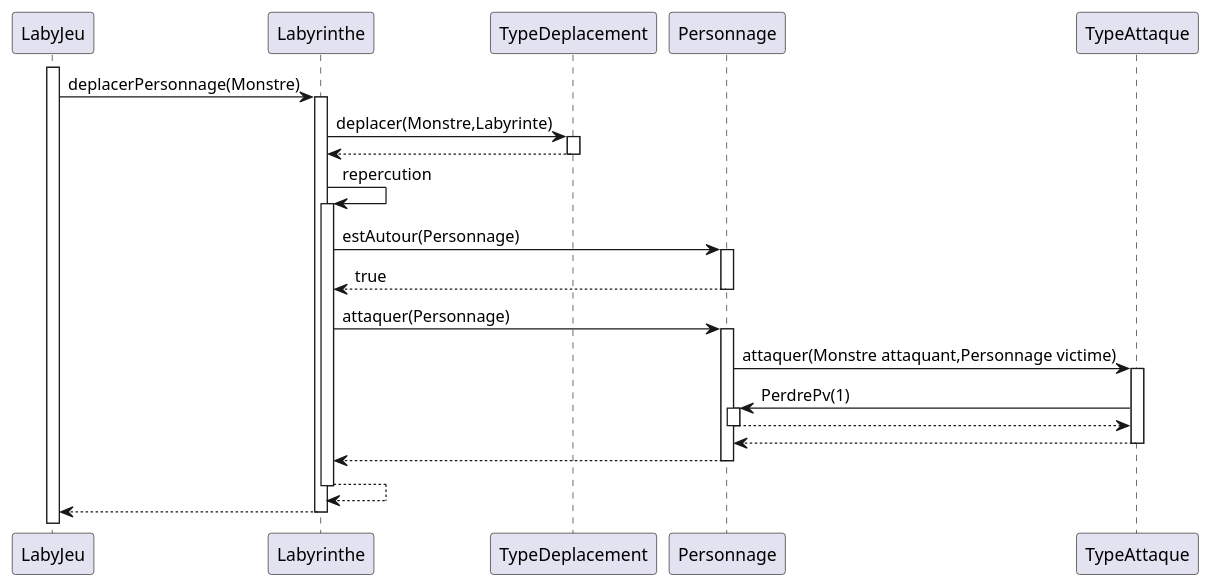
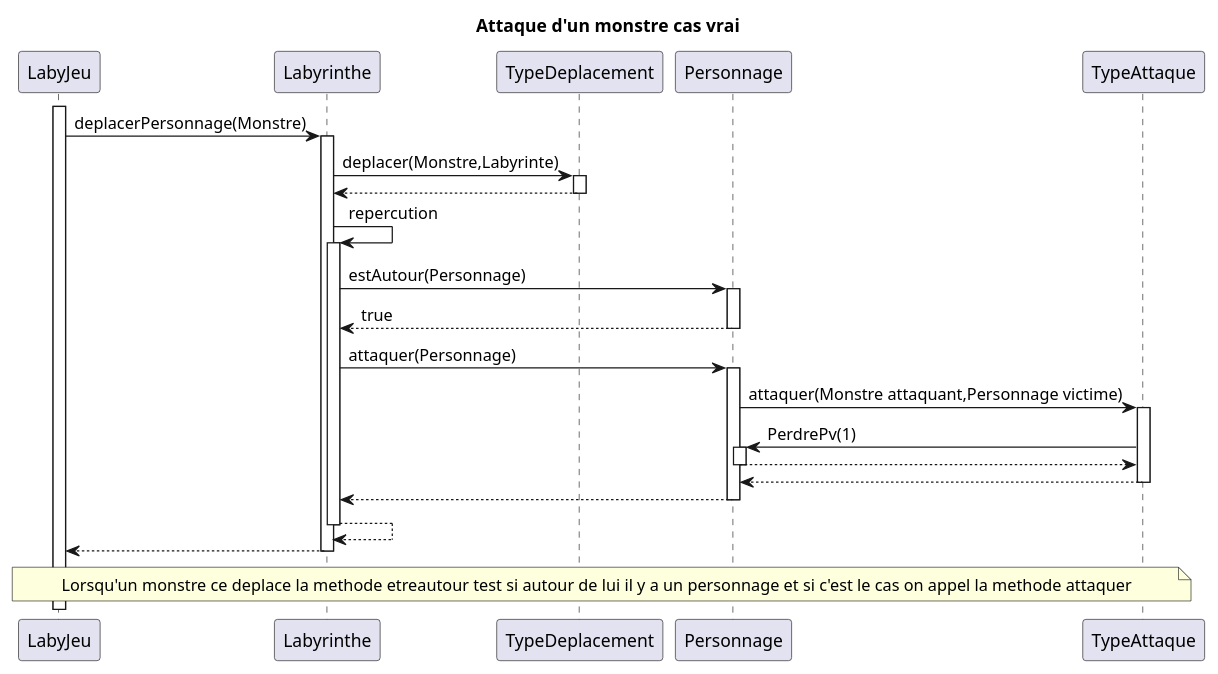
One commit to LukaSalvo/SAE2024 changed the diagram in zeldiablo/documents/version_4/diagseq_attaqueDeMonstreReussi.puml. Above: the diagram before and after it, drawn with PlantUML. The commit also changed 5 other files, not shown here.

```diff
--- a/zeldiablo/documents/version_4/diagseq_attaqueDeMonstreReussi.puml
+++ b/zeldiablo/documents/version_4/diagseq_attaqueDeMonstreReussi.puml
@@ -1,32 +1,36 @@
 @startuml
 activate LabyJeu
+title : Attaque d'un monstre cas vrai
 LabyJeu -> Labyrinthe : deplacerPersonnage(Monstre)
 activate Labyrinthe
 Labyrinthe -> TypeDeplacement : deplacer(Monstre,Labyrinte)
 activate TypeDeplacement
 TypeDeplacement --> Labyrinthe
 deactivate TypeDeplacement
 Labyrinthe -> Labyrinthe : repercution
 activate Labyrinthe
 
 Labyrinthe -> Personnage : estAutour(Personnage)
 activate Personnage
 Personnage --> Labyrinthe : true
 deactivate Personnage
 Labyrinthe -> Personnage : attaquer(Personnage)
 activate Personnage
 Personnage -> TypeAttaque : attaquer(Monstre attaquant,Personnage victime)
 activate TypeAttaque
 TypeAttaque -> Personnage : PerdrePv(1)
 activate Personnage
 Personnage --> TypeAttaque
 deactivate Personnage
 TypeAttaque --> Personnage
 deactivate TypeAttaque
 Personnage --> Labyrinthe
 deactivate Personnage
 Labyrinthe --> Labyrinthe
 
 deactivate Labyrinthe
 return
+note across
+Lorsqu'un monstre ce deplace la methode etreautour test si autour de lui il y a un personnage et si c'est le cas on appel la methode attaquer
+end note
 @enduml
```
